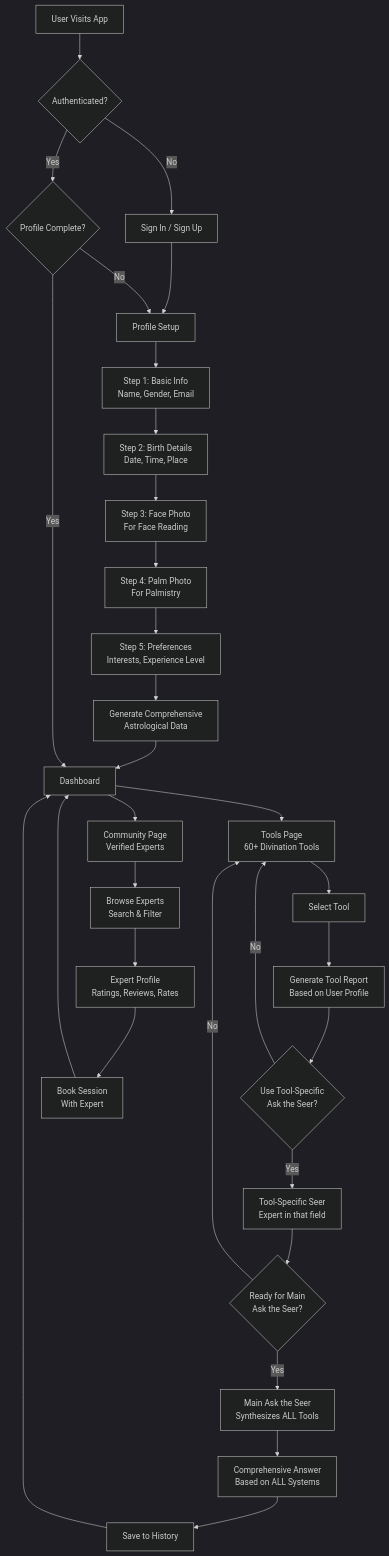
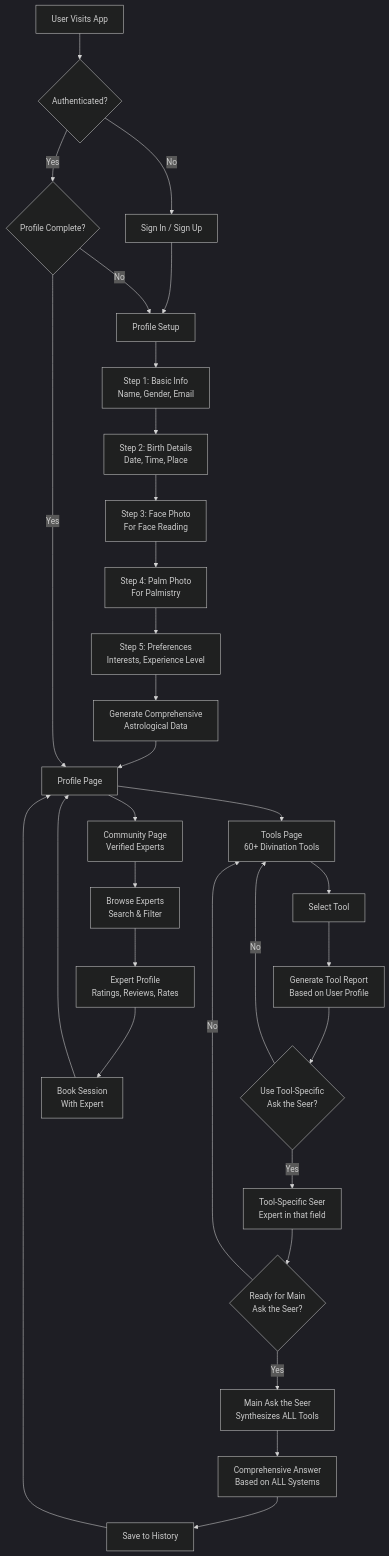
Before and after one commit to AndyOliverR/FutureSeer: the first of 3 diagrams in #FutureSeer Finale.md, drawn with Mermaid (dark theme). The commit also changed other lines of this file and 57 other files, not shown here.

First line of the commit message:
Flow audit: update Finale doc, Ask the Seer link, types and error logging

````diff
--- a/#FutureSeer Finale.md
+++ b/#FutureSeer Finale.md
@@ -88,41 +96,41 @@
 ```mermaid
 flowchart TD
     Start[User Visits App] --> SignIn{Authenticated?}
     SignIn -->|No| SignInPage[Sign In / Sign Up]
     SignIn -->|Yes| HasProfile{Profile Complete?}
     SignInPage --> ProfileSetup[Profile Setup]
     
     ProfileSetup --> CollectBasicInfo[Step 1: Basic Info<br/>Name, Gender, Email]
     CollectBasicInfo --> CollectBirthData[Step 2: Birth Details<br/>Date, Time, Place]
     CollectBirthData --> UploadFacePhoto[Step 3: Face Photo<br/>For Face Reading]
     UploadFacePhoto --> UploadPalmPhoto[Step 4: Palm Photo<br/>For Palmistry]
     UploadPalmPhoto --> SetPreferences[Step 5: Preferences<br/>Interests, Experience Level]
     SetPreferences --> GenerateAstroData[Generate Comprehensive<br/>Astrological Data]
-    GenerateAstroData --> Dashboard[Dashboard]
+    GenerateAstroData --> Profile[Profile Page]
     
     HasProfile -->|No| ProfileSetup
-    HasProfile -->|Yes| Dashboard
+    HasProfile -->|Yes| Profile
     
-    Dashboard --> ToolsPage[Tools Page<br/>60+ Divination Tools]
-    Dashboard --> CommunityPage[Community Page<br/>Verified Experts]
+    Profile --> ToolsPage[Tools Page<br/>60+ Divination Tools]
+    Profile --> CommunityPage[Community Page<br/>Verified Experts]
     
     ToolsPage --> SelectTool[Select Tool]
     
     SelectTool --> ToolReport[Generate Tool Report<br/>Based on User Profile]
     ToolReport --> ToolSeer{Use Tool-Specific<br/>Ask the Seer?}
     ToolSeer -->|Yes| ToolSeerChat[Tool-Specific Seer<br/>Expert in that field]
     ToolSeer -->|No| ToolsPage
     
     ToolSeerChat --> MainSeer{Ready for Main<br/>Ask the Seer?}
     MainSeer -->|Yes| MainSeerChat[Main Ask the Seer<br/>Synthesizes ALL Tools]
     MainSeer -->|No| ToolsPage
     
     MainSeerChat --> Answer[Comprehensive Answer<br/>Based on ALL Systems]
     Answer --> History[Save to History]
-    History --> Dashboard
+    History --> Profile
     
     CommunityPage --> BrowseExperts[Browse Experts<br/>Search & Filter]
     BrowseExperts --> ExpertProfile[Expert Profile<br/>Ratings, Reviews, Rates]
     ExpertProfile --> BookSession[Book Session<br/>With Expert]
-    BookSession --> Dashboard
+    BookSession --> Profile
 ```
````
